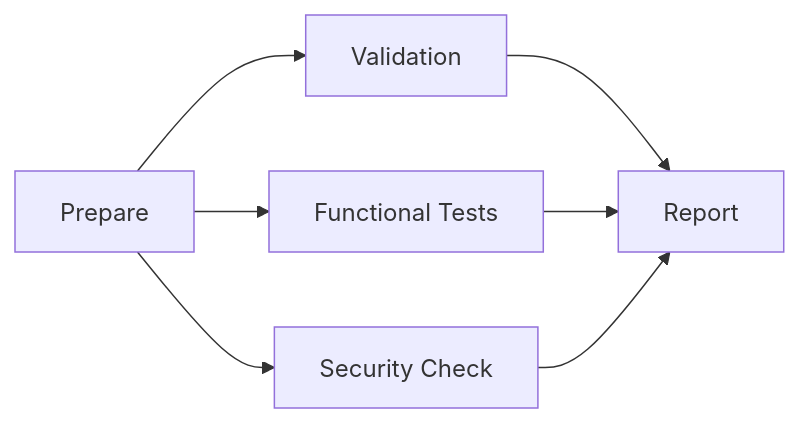
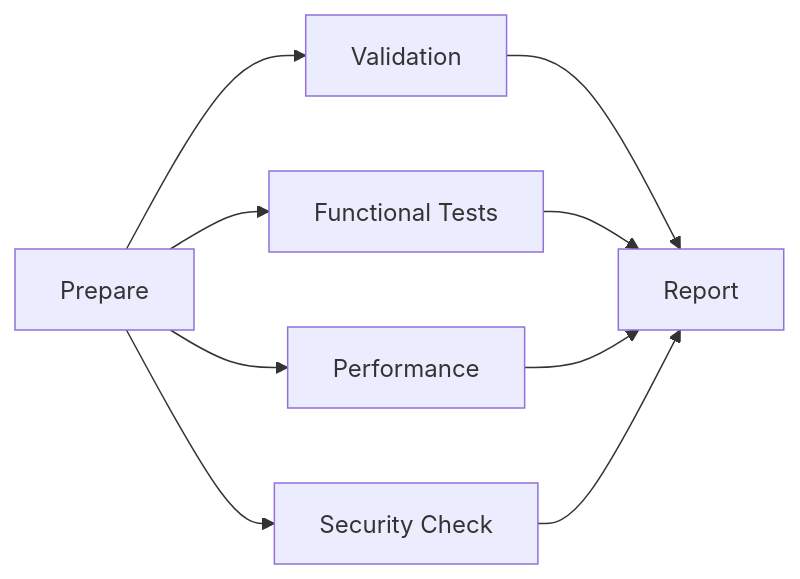
Before and after one commit to Hack23/euparliamentmonitor: the second of 13 diagrams in WORKFLOWS.md, drawn with Mermaid. The commit also changed other lines of this file, not shown here.

````diff
--- a/WORKFLOWS.md
+++ b/WORKFLOWS.md
@@ -148,9 +195,11 @@
 ```mermaid
 graph LR
     A[Prepare] --> B[Validation]
     A --> C[Functional Tests]
-    A --> D[Security Check]
-    B --> E[Report]
-    C --> E
-    D --> E
+    A --> D[Performance]
+    A --> E[Security Check]
+    B --> F[Report]
+    C --> F
+    D --> F
+    E --> F
 ```
````
